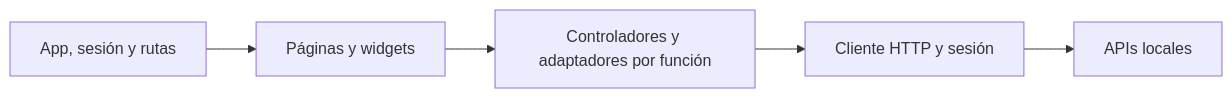
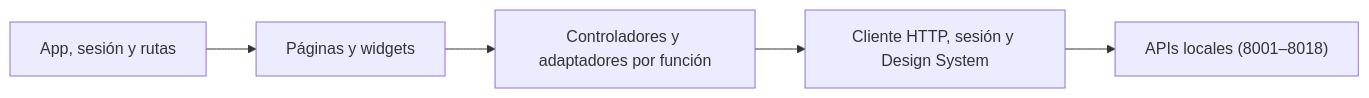
One commit to Blandskron/AgenteIADocumental changed the diagram in frontend/README.md. Above: the diagram before and after it, drawn with Mermaid. The commit also changed other lines of this file and 17 other files, not shown here.

````diff
--- a/frontend/README.md
+++ b/frontend/README.md
@@ -5,7 +5,7 @@
 ```mermaid
 flowchart LR
     app["App, sesión y rutas"] --> pages["Páginas y widgets"]
     pages --> features["Controladores y adaptadores por función"]
-    features --> shared["Cliente HTTP y sesión"]
-    shared --> api["APIs locales"]
+    features --> shared["Cliente HTTP, sesión y Design System"]
+    shared --> api["APIs locales (8001–8018)"]
 ```
````
